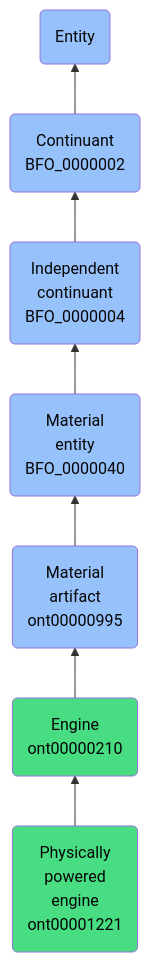
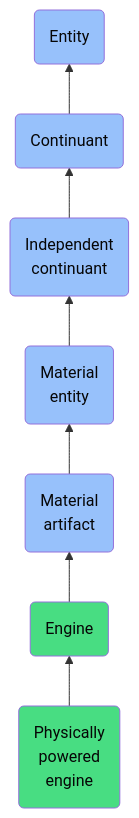
The diagram in docs/ontology/reference/model/Entity/Continuant/Independent continuant/Material entity/Material artifact/Engine/Physically powered engine/Physically powered engine.md (jupyter-naas/abi), drawn with Mermaid before and after one commit. The commit also changed other lines of this file and 1430 other files, not shown here.

````diff
--- a/docs/ontology/reference/model/Entity/Continuant/Independent continuant/Material entity/Material artifact/Engine/Physically powered engine/Physically powered engine.md
+++ b/docs/ontology/reference/model/Entity/Continuant/Independent continuant/Material entity/Material artifact/Engine/Physically powered engine/Physically powered engine.md
@@ -24,14 +24,14 @@
 ```mermaid
 graph BT
-    ont00001221(Physically<br>powered<br>engine<br>ont00001221):::ABI-->ont00000210
-    ont00000210(Engine<br>ont00000210):::ABI-->ont00000995
-    ont00000995(Material<br>artifact<br>ont00000995):::BFO-->BFO_0000040
-    BFO_0000040(Material<br>entity<br>BFO_0000040):::BFO-->BFO_0000004
-    BFO_0000004(Independent<br>continuant<br>BFO_0000004):::BFO-->BFO_0000002
-    BFO_0000002(Continuant<br>BFO_0000002):::BFO-->BFO_0000001
+    ont00001221(Physically<br>powered<br>engine):::ABI-->ont00000210
+    ont00000210(Engine):::ABI-->ont00000995
+    ont00000995(Material<br>artifact):::BFO-->BFO_0000040
+    BFO_0000040(Material<br>entity):::BFO-->BFO_0000004
+    BFO_0000004(Independent<br>continuant):::BFO-->BFO_0000002
+    BFO_0000002(Continuant):::BFO-->BFO_0000001
     BFO_0000001(Entity):::BFO
     
     classDef BFO fill:#97c1fb,color:#060606
     classDef CCO fill:#e4c51e,color:#060606
     classDef ABI fill:#48DD82,color:#060606
 ```
````
